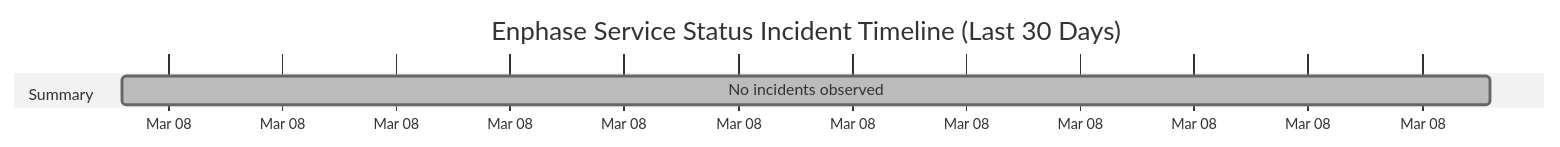
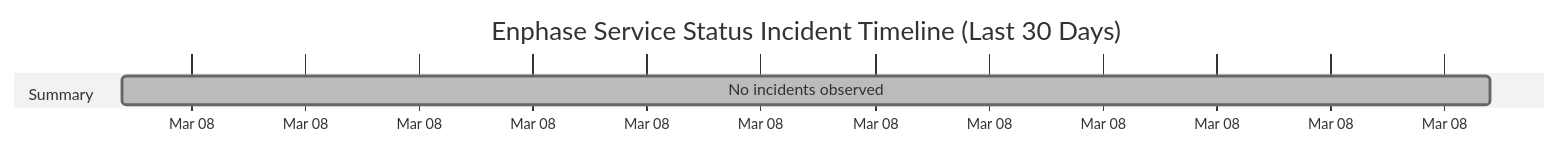
Before and after one commit to barneyonline/ha-enphase-ev-charger: the diagram in wiki/Service-Status-History.md, drawn with Mermaid (neutral theme). The commit also changed other lines of this file and 3 other files, not shown here.

````diff
--- a/wiki/Service-Status-History.md
+++ b/wiki/Service-Status-History.md
@@ -14,8 +14,8 @@
 ```mermaid
 gantt
     title Enphase Service Status Incident Timeline (Last 30 Days)
     dateFormat  YYYY-MM-DDTHH:mm:ss
     axisFormat  %b %d
     section Summary
-    No incidents observed :done, 2026-03-08T18:21:08, 1m
+    No incidents observed :done, 2026-03-08T19:17:17, 1m
 ```
````
